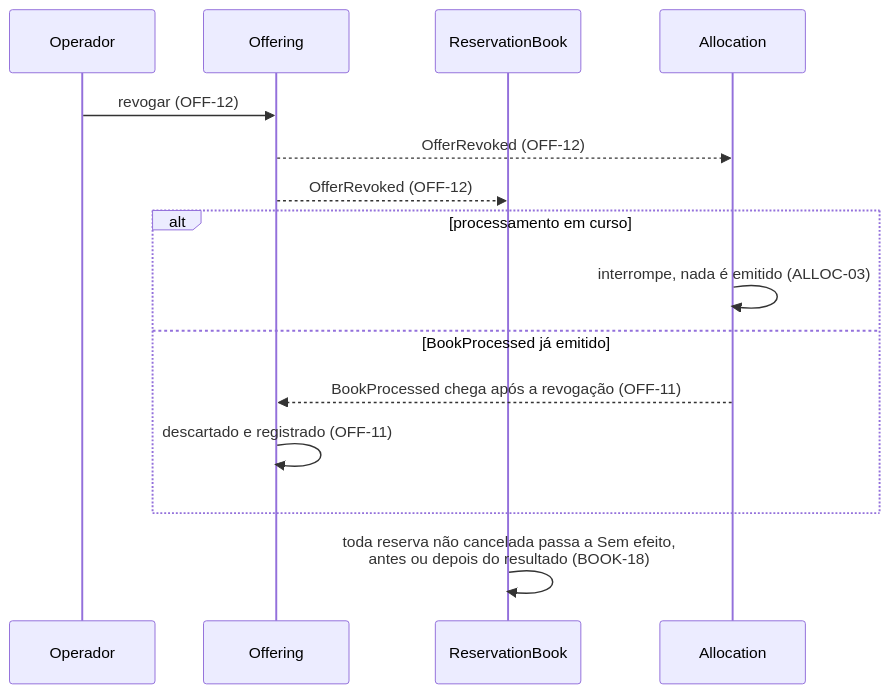
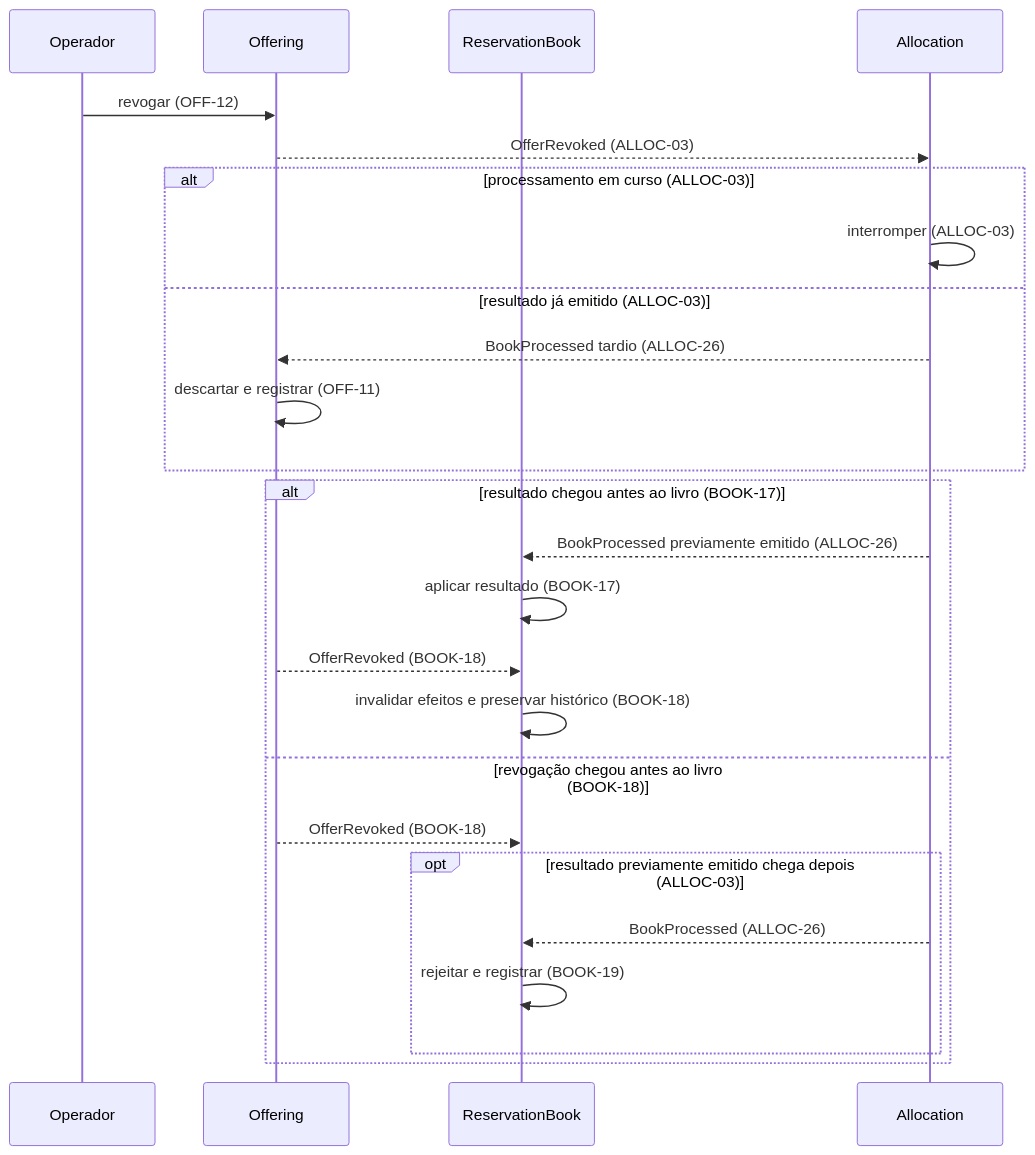
One commit to guilhermesalvi/fund-distribution-platform changed the second of 2 diagrams in docs/prd/0000-platform-overview.md. Above: the diagram before and after it, drawn with Mermaid. The commit also changed other lines of this file and 3 other files, not shown here.

````diff
--- a/docs/prd/0000-platform-overview.md
+++ b/docs/prd/0000-platform-overview.md
@@ -74,18 +73,27 @@
 ```mermaid
 sequenceDiagram
     participant Operador
     participant Offering
     participant ReservationBook
     participant Allocation
-
     Operador->>Offering: revogar (OFF-12)
-    Offering-->>Allocation: OfferRevoked (OFF-12)
-    Offering-->>ReservationBook: OfferRevoked (OFF-12)
-    alt processamento em curso
-        Allocation->>Allocation: interrompe, nada é emitido (ALLOC-03)
-    else BookProcessed já emitido
-        Allocation-->>Offering: BookProcessed chega após a revogação (OFF-11)
-        Offering->>Offering: descartado e registrado (OFF-11)
+    Offering-->>Allocation: OfferRevoked (ALLOC-03)
+    alt processamento em curso (ALLOC-03)
+        Allocation->>Allocation: interromper (ALLOC-03)
+    else resultado já emitido (ALLOC-03)
+        Allocation-->>Offering: BookProcessed tardio (ALLOC-26)
+        Offering->>Offering: descartar e registrar (OFF-11)
     end
-    ReservationBook->>ReservationBook: toda reserva não cancelada passa a Sem efeito,<br/>antes ou depois do resultado (BOOK-18)
+    alt resultado chegou antes ao livro (BOOK-17)
+        Allocation-->>ReservationBook: BookProcessed previamente emitido (ALLOC-26)
+        ReservationBook->>ReservationBook: aplicar resultado (BOOK-17)
+        Offering-->>ReservationBook: OfferRevoked (BOOK-18)
+        ReservationBook->>ReservationBook: invalidar efeitos e preservar histórico (BOOK-18)
+    else revogação chegou antes ao livro (BOOK-18)
+        Offering-->>ReservationBook: OfferRevoked (BOOK-18)
+        opt resultado previamente emitido chega depois (ALLOC-03)
+            Allocation-->>ReservationBook: BookProcessed (ALLOC-26)
+            ReservationBook->>ReservationBook: rejeitar e registrar (BOOK-19)
+        end
+    end
 ```
````
